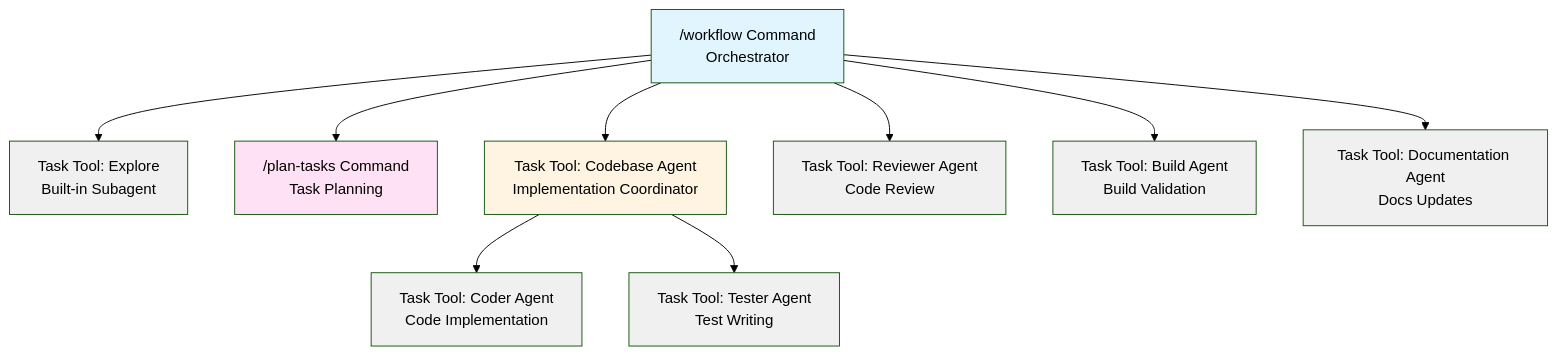
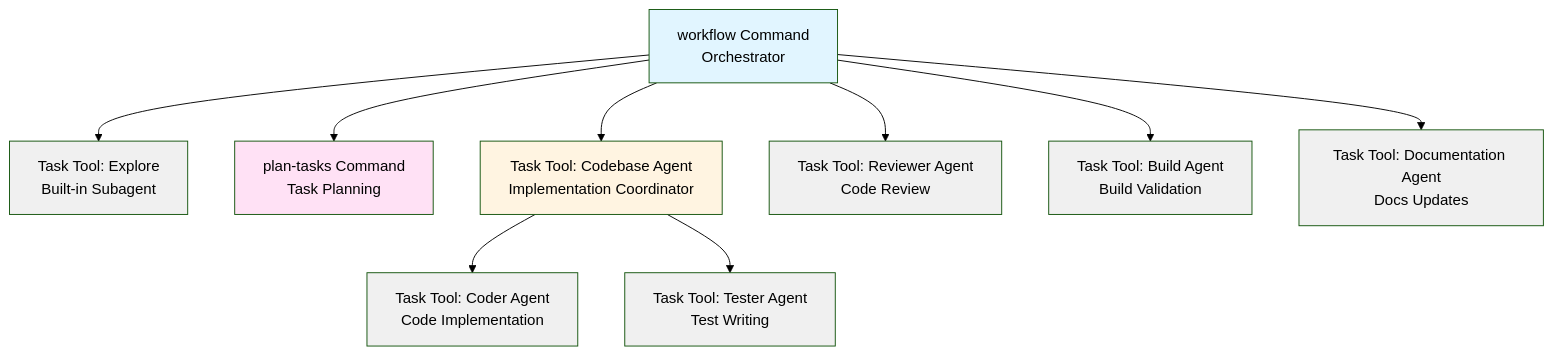
One commit to jesusidev/dotfiles changed the second of 3 diagrams in claude/.claude/workflow-diagram.md. Above: the diagram before and after it, drawn with Mermaid (forest theme). The commit also changed other lines of this file, not shown here.

First line of the commit message:
fix(claude): fix mermaid syntax errors in workflow diagram

````diff
--- a/claude/.claude/workflow-diagram.md
+++ b/claude/.claude/workflow-diagram.md
@@ -88,25 +88,25 @@
 ```mermaid
 graph TD
-    WO["/workflow Command<br/>Orchestrator"]
+    WO["workflow Command<br/>Orchestrator"]
 
     WO --> Explore[Task Tool: Explore<br/>Built-in Subagent]
-    WO --> PlanTasks["/plan-tasks Command<br/>Task Planning"]
+    WO --> PlanTasks["plan-tasks Command<br/>Task Planning"]
     WO --> CA[Task Tool: Codebase Agent<br/>Implementation Coordinator]
 
     CA --> COD[Task Tool: Coder Agent<br/>Code Implementation]
     CA --> TST[Task Tool: Tester Agent<br/>Test Writing]
 
     WO --> REV[Task Tool: Reviewer Agent<br/>Code Review]
     WO --> BLD[Task Tool: Build Agent<br/>Build Validation]
     WO --> DOC[Task Tool: Documentation Agent<br/>Docs Updates]
 
     style WO fill:#e1f5ff
     style PlanTasks fill:#ffe1f5
     style CA fill:#fff4e1
     style Explore fill:#f0f0f0
     style COD fill:#f0f0f0
     style TST fill:#f0f0f0
     style REV fill:#f0f0f0
     style BLD fill:#f0f0f0
     style DOC fill:#f0f0f0
 ```
````
